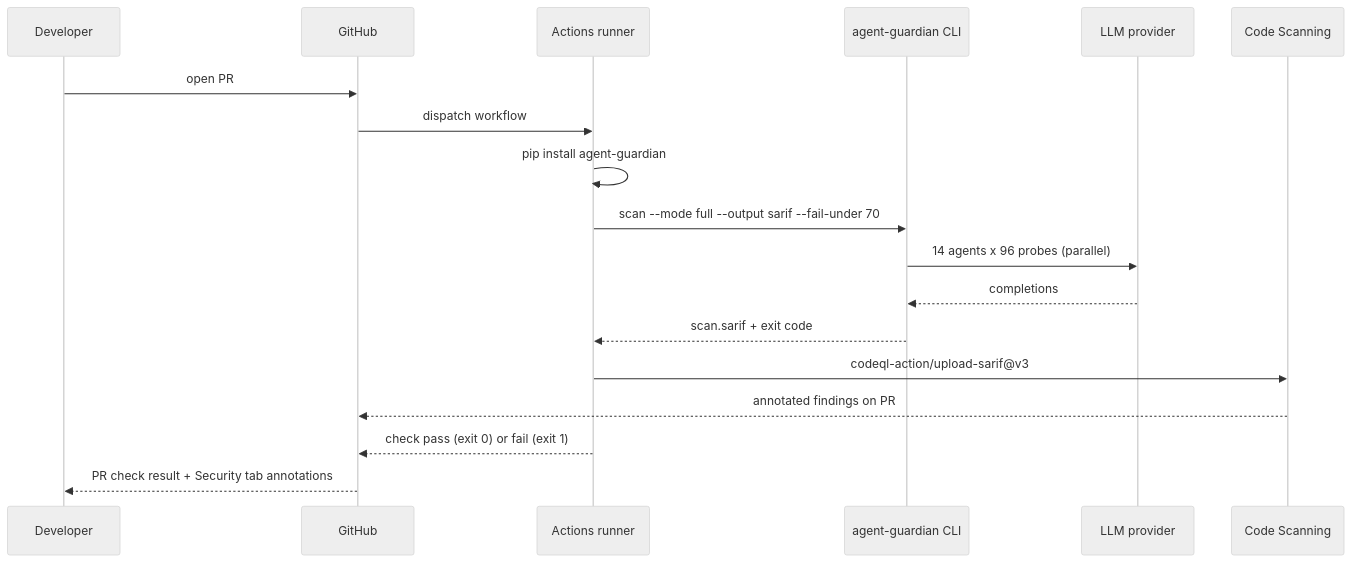
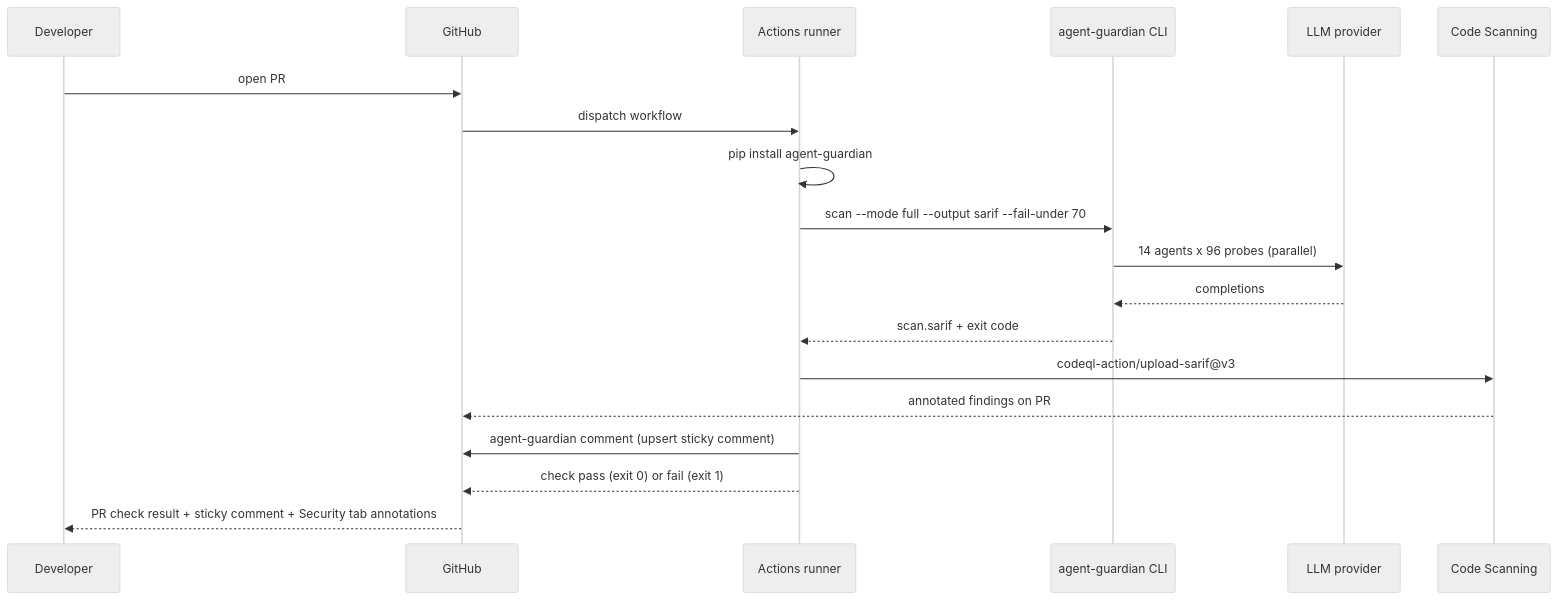
One commit to glacien-technologies/agent-guardian changed the diagram in docs/ci-cd/github-actions.mdx. Above: the diagram before and after it, drawn with Mermaid (neutral theme). The commit also changed other lines of this file and 37 other files, not shown here.

````diff
--- a/docs/ci-cd/github-actions.mdx
+++ b/docs/ci-cd/github-actions.mdx
@@ -111,21 +112,22 @@
 ```mermaid
 sequenceDiagram
     participant Dev as Developer
     participant GH as GitHub
     participant Runner as Actions runner
     participant AG as agent-guardian CLI
     participant LLM as LLM provider
     participant CS as Code Scanning
 
     Dev->>GH: open PR
     GH->>Runner: dispatch workflow
     Runner->>Runner: pip install agent-guardian
     Runner->>AG: scan --mode full --output sarif --fail-under 70
     AG->>LLM: 14 agents x 96 probes (parallel)
     LLM-->>AG: completions
     AG-->>Runner: scan.sarif + exit code
     Runner->>CS: codeql-action/upload-sarif@v3
     CS-->>GH: annotated findings on PR
+    Runner->>GH: agent-guardian comment (upsert sticky comment)
     Runner-->>GH: check pass (exit 0) or fail (exit 1)
-    GH-->>Dev: PR check result + Security tab annotations
+    GH-->>Dev: PR check result + sticky comment + Security tab annotations
 ```
````
